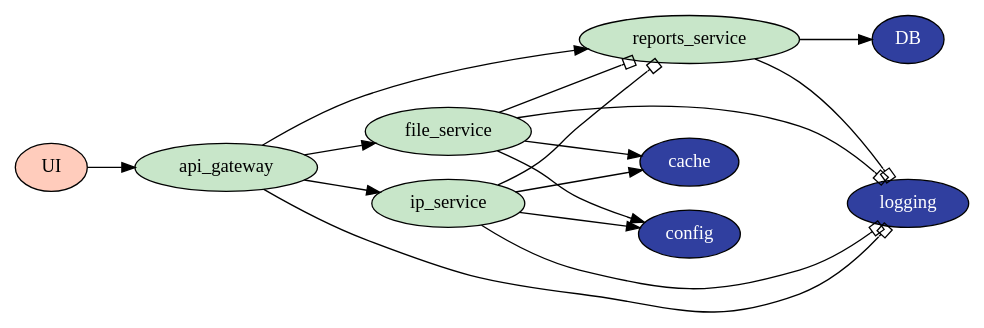
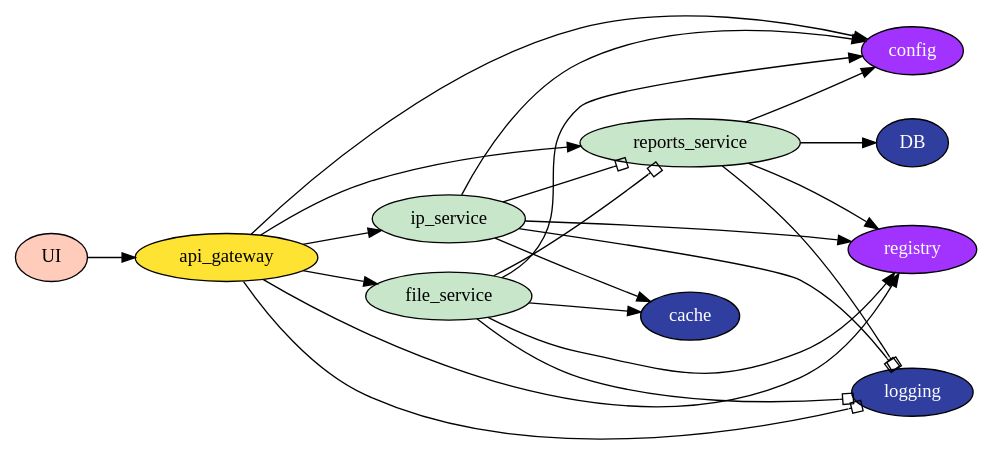
Before and after one commit to tourea/microservices: the diagram in diagram/microservices.dot, drawn with Graphviz. The commit also changed 18 other files, not shown here.

```diff
--- a/diagram/microservices.dot
+++ b/diagram/microservices.dot
@@ -1,41 +1,49 @@
 // cat microservices.dot | docker container run --rm -i vladgolubev/dot2png > microservices.png
 
 digraph architecture {
   rankdir=LR;
   
-  // storage & config - #303F9F (dark blue)
+  // cloud services - #A233FF (purple)
+  node[fillcolor="#A233FF" style="filled" fontcolor="white"];
+  config[label="config"]; 
+  registry[label="registry"];
+  
+  // utility services - #303F9F (dark blue)
   node[fillcolor="#303F9F" style="filled" fontcolor="white"];
   database[label="DB"]; 
   cache[label="cache"];
   logging[label="logging"];
-  config[label="config"];
 
   // client-side Apps - #FFCCBC (light orange)
   node[fillcolor="#FFCCBC" style="filled" fontcolor="black"];
   ui[label="UI"];
+
+  // api gate way - #FFE333 (dark yellow)
+  node[fillcolor="#FFE333" style="filled" fontcolor="black"];
+  api_gateway[label="api_gateway"]
 
   // microservices - #C8E6C9 (light green)
   node[fillcolor="#C8E6C9" style="filled" fontcolor="black"];
   file_service[label="file_service"]; 
   ip_service[label="ip_service"]; 
   reports_service[label="reports_service"];
 
   subgraph client_side_apps {
       ui -> {api_gateway};
       {rank=same; ui};
   }
   
   subgraph api_gateways {
       api_gateway -> {logging} [arrowhead=obox];
-      api_gateway -> {file_service, ip_service, reports_service};
+      api_gateway -> {config, registry, file_service, ip_service, reports_service};
   }
   
   subgraph microservices {
       file_service -> {reports_service, logging} [arrowhead=obox];
-      file_service -> {config, cache};
+      file_service -> {config, registry, cache};
       ip_service -> {reports_service, logging} [arrowhead=obox];
-      ip_service -> {config, cache};
+      ip_service -> {config, registry, cache};
       reports_service -> logging [arrowhead=obox];
-      reports_service -> database;
+      reports_service -> {config, registry, database};
   }
 }
```
